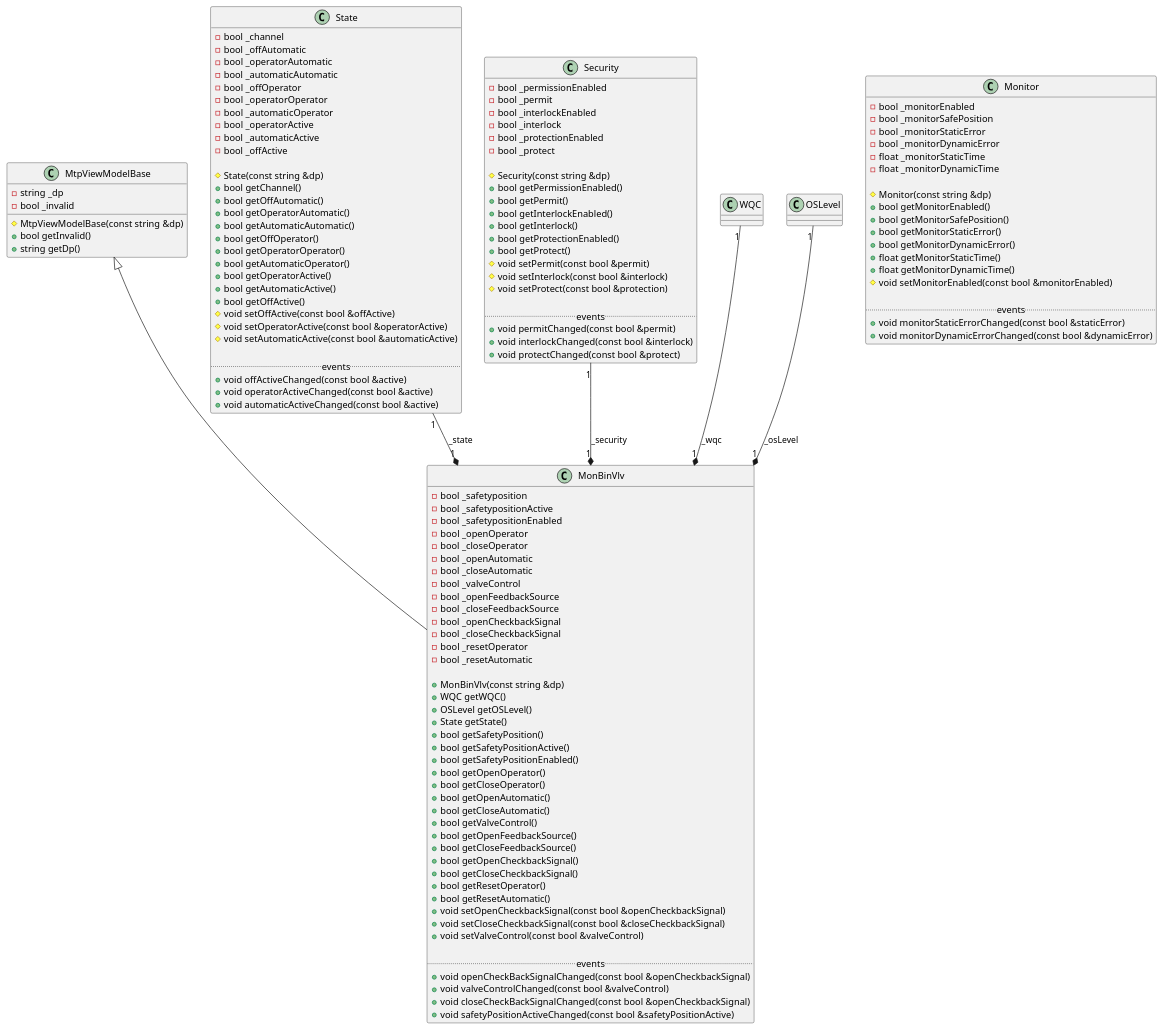
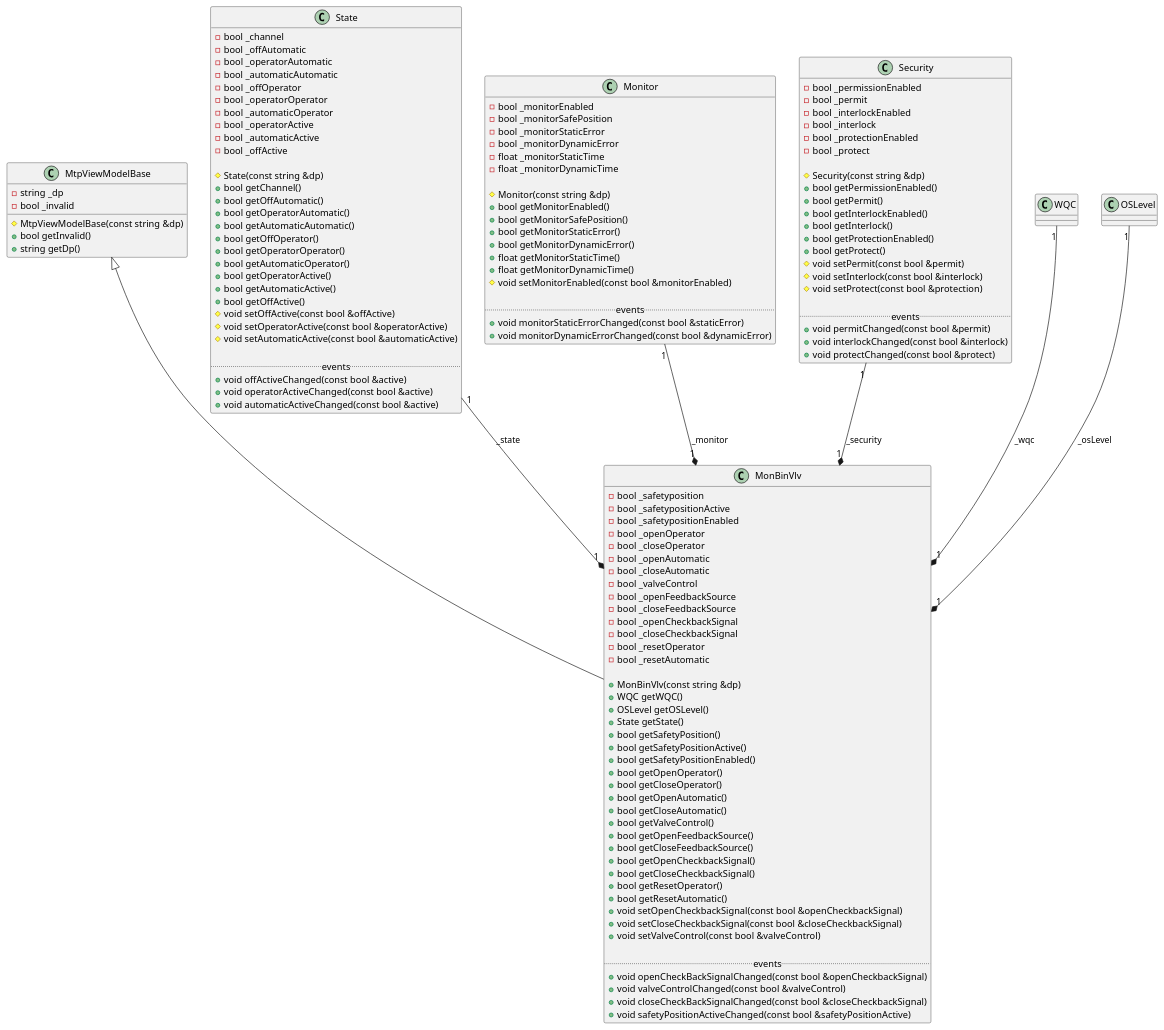
One commit to winccoa/winccoa-ae-ctrl-mtpimporter changed the diagram in source/MonBinVlv.puml. Above: the diagram before and after it, drawn with PlantUML.

Commit message:
chore: fixed errors in MonBinVlv diagram

```diff
--- a/source/MonBinVlv.puml
+++ b/source/MonBinVlv.puml
@@ -1,146 +1,147 @@
 @startuml MonBinVlv
 
 class MtpViewModelBase {
     - string _dp
     - bool _invalid
 
     # MtpViewModelBase(const string &dp)
     + bool getInvalid()
     + string getDp()
 }
 
 class State
 {
     - bool _channel
     - bool _offAutomatic
     - bool _operatorAutomatic
     - bool _automaticAutomatic
     - bool _offOperator
     - bool _operatorOperator
     - bool _automaticOperator
     - bool _operatorActive
     - bool _automaticActive
     - bool _offActive
 
     # State(const string &dp)
     + bool getChannel()
     + bool getOffAutomatic()
     + bool getOperatorAutomatic()
     + bool getAutomaticAutomatic()
     + bool getOffOperator()
     + bool getOperatorOperator()
     + bool getAutomaticOperator()
     + bool getOperatorActive()
     + bool getAutomaticActive()
     + bool getOffActive()
     # void setOffActive(const bool &offActive)
     # void setOperatorActive(const bool &operatorActive)
     # void setAutomaticActive(const bool &automaticActive)
 
     ..events..
     + void offActiveChanged(const bool &active)
     + void operatorActiveChanged(const bool &active)
     + void automaticActiveChanged(const bool &active)
 }
 
 class Monitor
 {
     - bool _monitorEnabled
     - bool _monitorSafePosition
     - bool _monitorStaticError
     - bool _monitorDynamicError
     - float _monitorStaticTime
     - float _monitorDynamicTime
 
     # Monitor(const string &dp)
     + bool getMonitorEnabled()
     + bool getMonitorSafePosition()
     + bool getMonitorStaticError()
     + bool getMonitorDynamicError()
     + float getMonitorStaticTime()
     + float getMonitorDynamicTime()
     # void setMonitorEnabled(const bool &monitorEnabled)
 
     ..events..
     + void monitorStaticErrorChanged(const bool &staticError)
     + void monitorDynamicErrorChanged(const bool &dynamicError)
 }
 
 class Security
 {
     - bool _permissionEnabled
     - bool _permit
     - bool _interlockEnabled
     - bool _interlock
     - bool _protectionEnabled
     - bool _protect
 
     # Security(const string &dp)
     + bool getPermissionEnabled()
     + bool getPermit()
     + bool getInterlockEnabled()
     + bool getInterlock()
     + bool getProtectionEnabled()
     + bool getProtect()
     # void setPermit(const bool &permit)
     # void setInterlock(const bool &interlock)
     # void setProtect(const bool &protection)
 
     ..events..
     + void permitChanged(const bool &permit)
     + void interlockChanged(const bool &interlock)
     + void protectChanged(const bool &protect)
 }
 
 class MonBinVlv
 {
     - bool _safetyposition
     - bool _safetypositionActive
     - bool _safetypositionEnabled
     - bool _openOperator
     - bool _closeOperator
     - bool _openAutomatic
     - bool _closeAutomatic
     - bool _valveControl
     - bool _openFeedbackSource
     - bool _closeFeedbackSource
     - bool _openCheckbackSignal
     - bool _closeCheckbackSignal
     - bool _resetOperator
     - bool _resetAutomatic
     
     + MonBinVlv(const string &dp)
     + WQC getWQC()
     + OSLevel getOSLevel()
     + State getState()
     + bool getSafetyPosition()
     + bool getSafetyPositionActive()
     + bool getSafetyPositionEnabled()
     + bool getOpenOperator()
     + bool getCloseOperator()
     + bool getOpenAutomatic()
     + bool getCloseAutomatic()
     + bool getValveControl()
     + bool getOpenFeedbackSource()
     + bool getCloseFeedbackSource()
     + bool getOpenCheckbackSignal()
     + bool getCloseCheckbackSignal()
     + bool getResetOperator()
     + bool getResetAutomatic()
     + void setOpenCheckbackSignal(const bool &openCheckbackSignal)
     + void setCloseCheckbackSignal(const bool &closeCheckbackSignal)
     + void setValveControl(const bool &valveControl)
 
     ..events..
     + void openCheckBackSignalChanged(const bool &openCheckbackSignal)
     + void valveControlChanged(const bool &valveControl)
-    + void closeCheckBackSignalChanged(const bool &openCheckbackSignal)
+    + void closeCheckBackSignalChanged(const bool &closeCheckbackSignal)
     + void safetyPositionActiveChanged(const bool &safetyPositionActive)
 }
 
 MtpViewModelBase <|-- MonBinVlv
 WQC "1" --* "1" MonBinVlv : _wqc
 OSLevel "1" --* "1" MonBinVlv : _osLevel
 State "1" --* "1" MonBinVlv : _state
+Monitor "1" --* "1" MonBinVlv : _monitor
 Security "1" --* "1" MonBinVlv : _security
 @enduml
```
